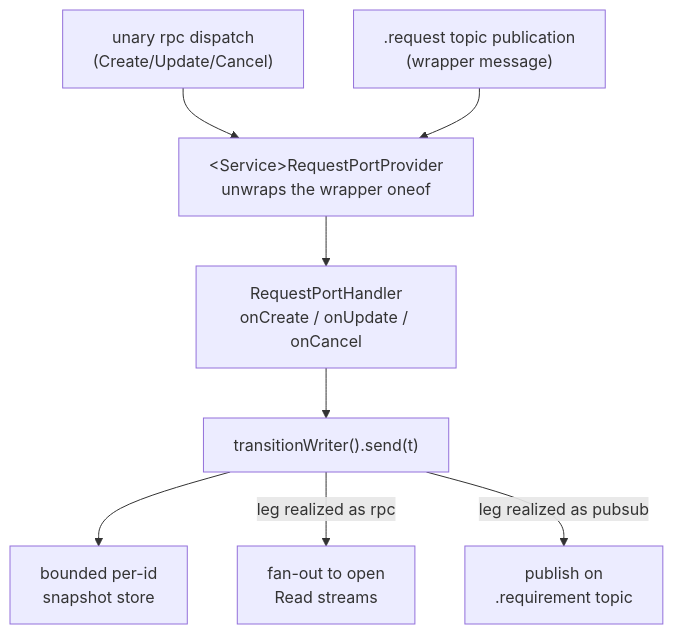
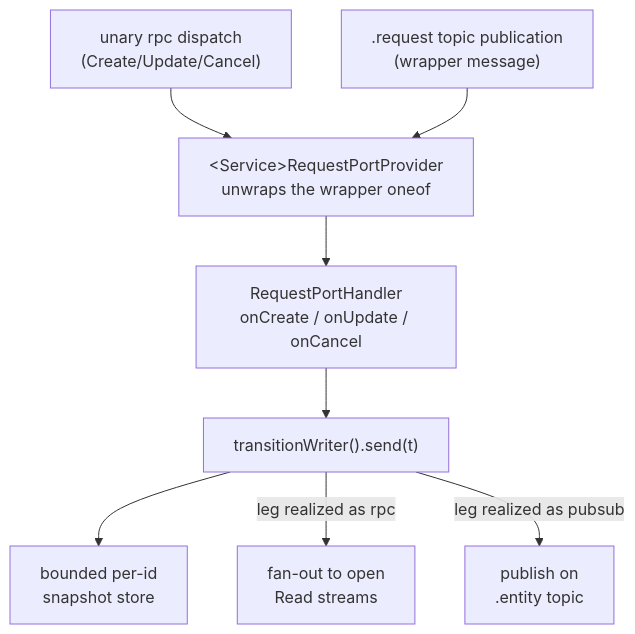
Before and after one commit to Ackoogin/mujin: the second of 2 diagrams in subprojects/PYRAMID/doc/guides/pubsub_interaction_guide.md, drawn with Mermaid. The commit also changed other lines of this file and 73 other files, not shown here.

First line of the commit message:
Complete the port-grammar requirement->entity rename

````diff
--- a/subprojects/PYRAMID/doc/guides/pubsub_interaction_guide.md
+++ b/subprojects/PYRAMID/doc/guides/pubsub_interaction_guide.md
@@ -289,19 +289,19 @@
 ```mermaid
 flowchart TB
   RpcIn["unary rpc dispatch<br/>(Create/Update/Cancel)"]
   TopIn[".request topic publication<br/>(wrapper message)"]
   Provider["&lt;Service&gt;RequestPortProvider<br/>unwraps the wrapper oneof"]
   Handler["RequestPortHandler<br/>onCreate / onUpdate / onCancel"]
   Writer["transitionWriter().send(t)"]
   Snap["bounded per-id<br/>snapshot store"]
   Streams["fan-out to open<br/>Read streams"]
-  Topic["publish on<br/>.requirement topic"]
+  Topic["publish on<br/>.entity topic"]
 
   RpcIn --> Provider
   TopIn --> Provider
   Provider --> Handler
   Handler --> Writer
   Writer --> Snap
   Writer -->|"leg realized as rpc"| Streams
   Writer -->|"leg realized as pubsub"| Topic
 ```
````
